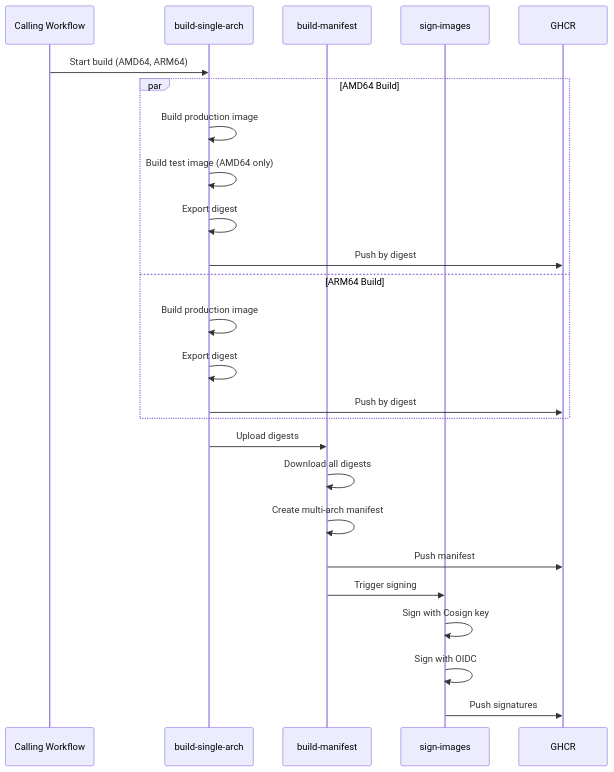
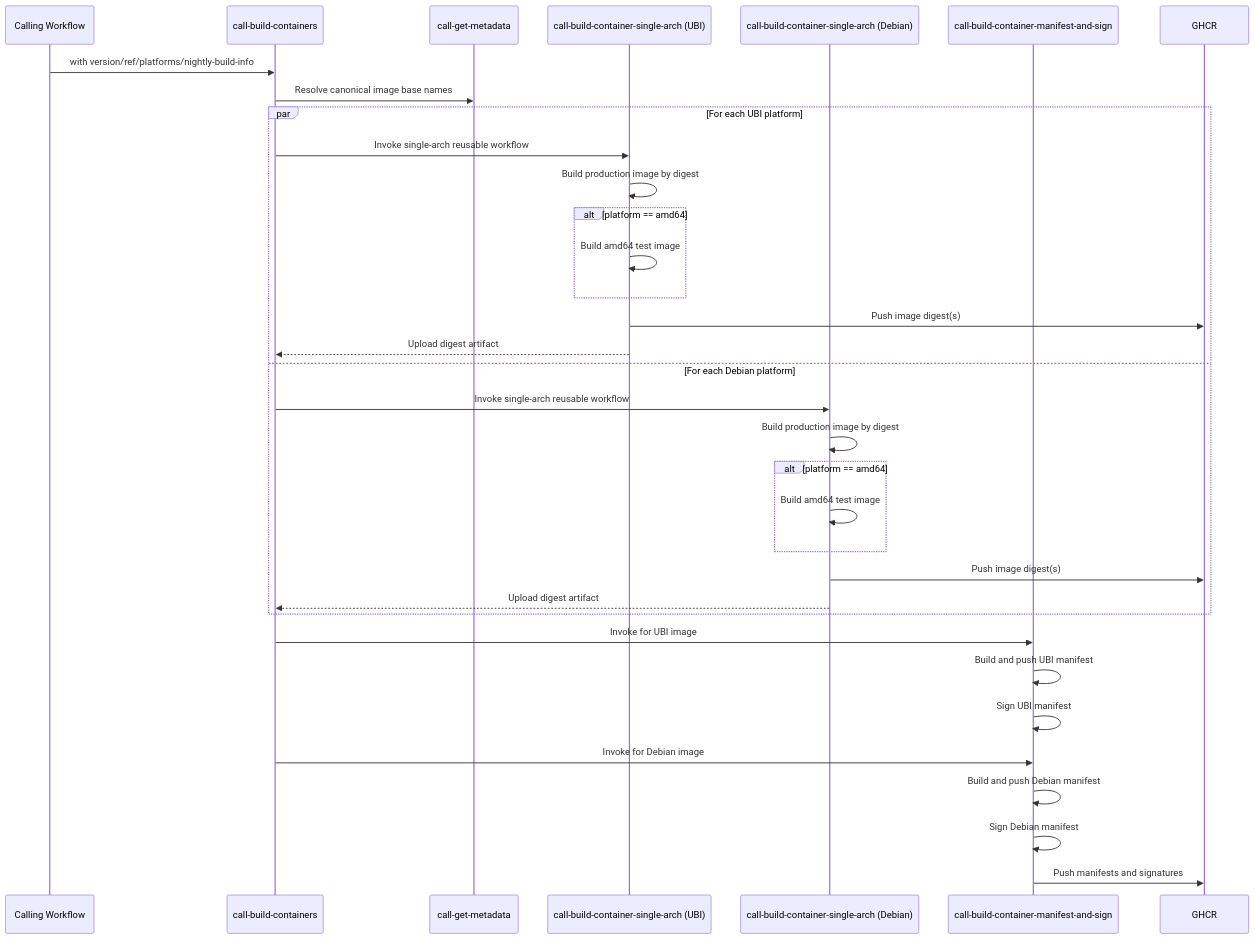
Before and after one commit to JackPGreen/agent: the second of 4 diagrams in .github/workflows/README.md, drawn with Mermaid. The commit also changed other lines of this file and 30 other files, not shown here.

````diff
--- a/.github/workflows/README.md
+++ b/.github/workflows/README.md
@@ -655,31 +960,39 @@
 ```mermaid
 sequenceDiagram
-    participant Caller as Calling Workflow
-    participant Build as build-single-arch
-    participant Manifest as build-manifest
-    participant Sign as sign-images
+  participant Caller as Calling Workflow
+  participant Multi as call-build-containers
+  participant Meta as call-get-metadata
+  participant SingleUBI as call-build-container-single-arch (UBI)
+  participant SingleDeb as call-build-container-single-arch (Debian)
+  participant PerImage as call-build-container-manifest-and-sign
     participant Registry as GHCR
 
-    Caller->>Build: Start build (AMD64, ARM64)
-    
-    par AMD64 Build
-        Build->>Build: Build production image
-        Build->>Build: Build test image (AMD64 only)
-        Build->>Build: Export digest
-        Build->>Registry: Push by digest
-    and ARM64 Build
-        Build->>Build: Build production image
-        Build->>Build: Export digest
-        Build->>Registry: Push by digest
+  Caller->>Multi: with version/ref/platforms/nightly-build-info
+  Multi->>Meta: Resolve canonical image base names
+
+  par For each UBI platform
+    Multi->>SingleUBI: Invoke single-arch reusable workflow
+    SingleUBI->>SingleUBI: Build production image by digest
+    alt platform == amd64
+      SingleUBI->>SingleUBI: Build amd64 test image
     end
-    
-    Build->>Manifest: Upload digests
-    Manifest->>Manifest: Download all digests
-    Manifest->>Manifest: Create multi-arch manifest
-    Manifest->>Registry: Push manifest
-    
-    Manifest->>Sign: Trigger signing
-    Sign->>Sign: Sign with Cosign key
-    Sign->>Sign: Sign with OIDC
-    Sign->>Registry: Push signatures
+    SingleUBI->>Registry: Push image digest(s)
+    SingleUBI-->>Multi: Upload digest artifact
+  and For each Debian platform
+    Multi->>SingleDeb: Invoke single-arch reusable workflow
+    SingleDeb->>SingleDeb: Build production image by digest
+    alt platform == amd64
+      SingleDeb->>SingleDeb: Build amd64 test image
+    end
+    SingleDeb->>Registry: Push image digest(s)
+    SingleDeb-->>Multi: Upload digest artifact
+  end
+
+    Multi->>PerImage: Invoke for UBI image
+    PerImage->>PerImage: Build and push UBI manifest
+    PerImage->>PerImage: Sign UBI manifest
+    Multi->>PerImage: Invoke for Debian image
+    PerImage->>PerImage: Build and push Debian manifest
+    PerImage->>PerImage: Sign Debian manifest
+    PerImage->>Registry: Push manifests and signatures
 ```
````
